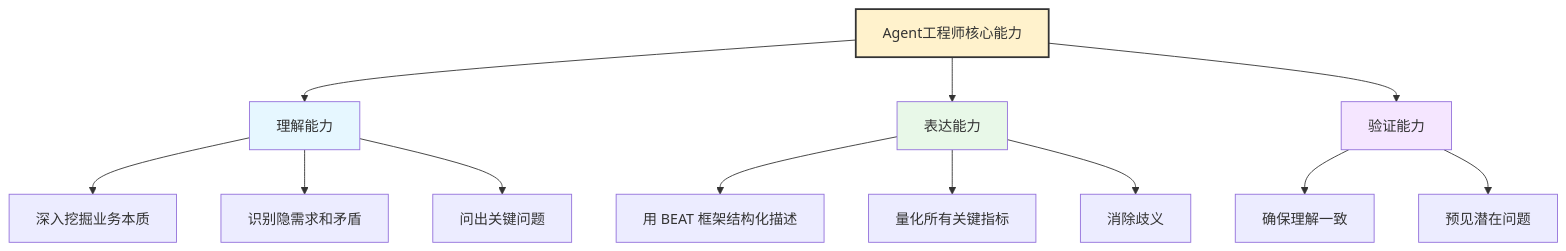
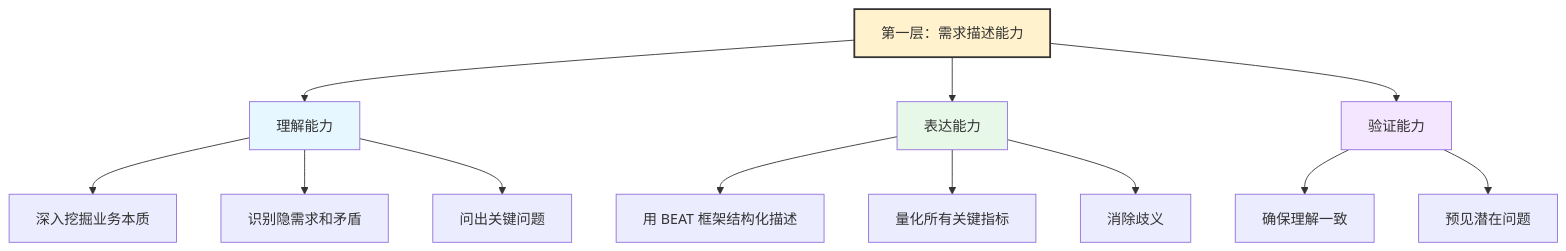
The seventh of 15 diagrams in start-here/AI-Era-Programmers-as-Agent-Engineers.md (microwind/algorithms), drawn with Mermaid before and after one commit. The commit also changed other lines of this file and 1 other file, not shown here.

````diff
--- a/start-here/AI-Era-Programmers-as-Agent-Engineers.md
+++ b/start-here/AI-Era-Programmers-as-Agent-Engineers.md
@@ -335,24 +353,24 @@
 ```mermaid
 graph TD
-    A["Agent工程师核心能力"]
+    A["第一层：需求描述能力"]
 
     A --> B["理解能力"]
     A --> C["表达能力"]
     A --> D["验证能力"]
 
     B --> B1["深入挖掘业务本质"]
     B --> B2["识别隐需求和矛盾"]
     B --> B3["问出关键问题"]
 
     C --> C1["用 BEAT 框架结构化描述"]
     C --> C2["量化所有关键指标"]
     C --> C3["消除歧义"]
 
     D --> D1["确保理解一致"]
     D --> D2["预见潜在问题"]
 
     style A fill:#FFF2CC,stroke:#333,stroke-width:2px
     style B fill:#E6F7FF
     style C fill:#E8F8E8
     style D fill:#F5E6FF
 ```
````
